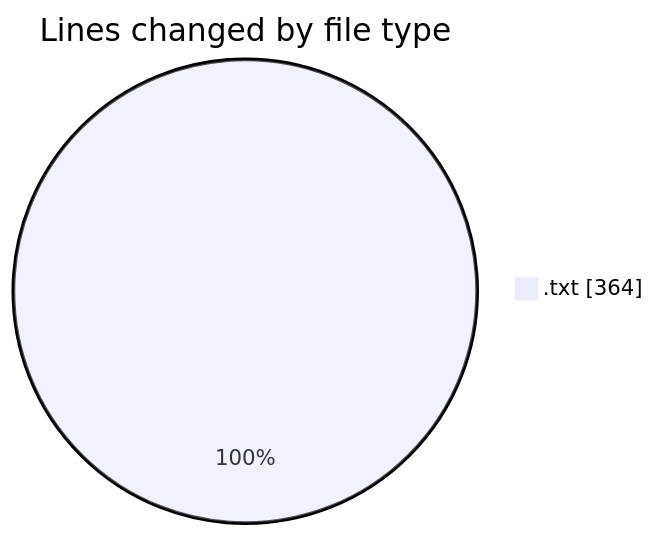
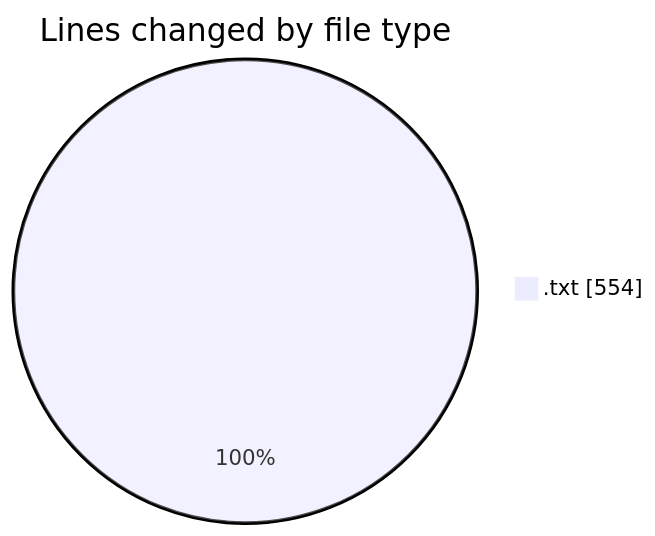
One commit to julien-gomy/code-tracking changed the first of 2 diagrams in 2025-11-19/cdp_aleoudev_fr__workspace_/README.md. Above: the diagram before and after it, drawn with Mermaid. The commit also changed other lines of this file and 1 other file, not shown here.

````diff
--- a/2025-11-19/cdp_aleoudev_fr__workspace_/README.md
+++ b/2025-11-19/cdp_aleoudev_fr__workspace_/README.md
@@ -20,5 +21,5 @@
 ```mermaid
 pie showData
 title Lines changed by file type
-".txt" : 364
+".txt" : 554
 ```
````
